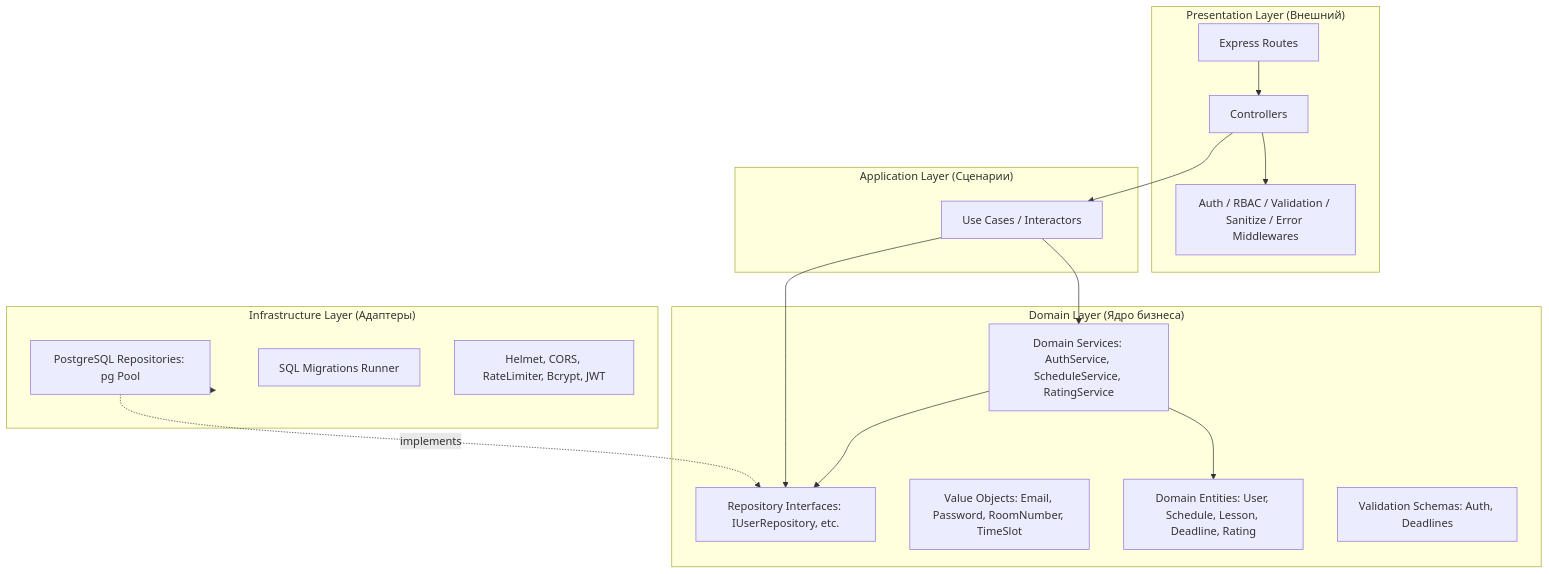
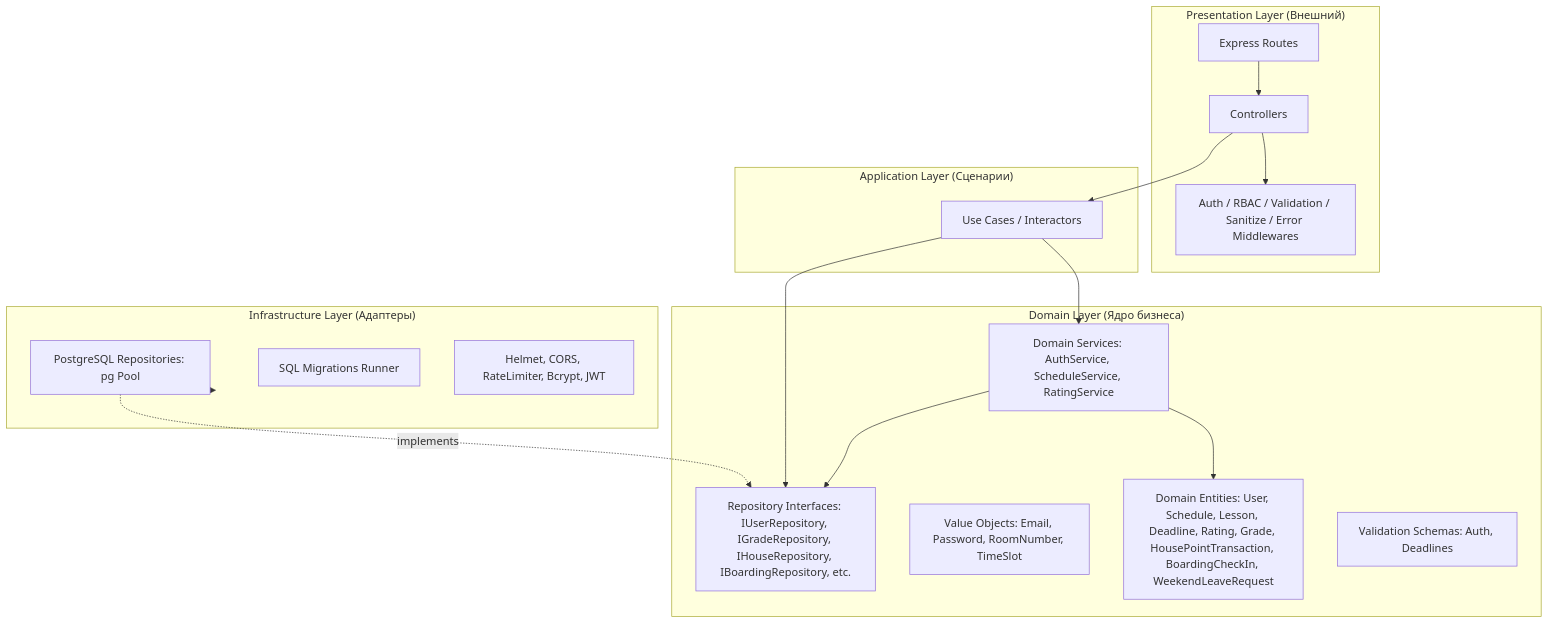
The first of 7 diagrams in docs/architecture.md (sashamosk17/PrimakovApp), drawn with Mermaid before and after one commit. The commit also changed other lines of this file and 61 other files, not shown here.

````diff
--- a/docs/architecture.md
+++ b/docs/architecture.md
@@ -35,36 +38,36 @@
 ```mermaid
 graph TD
     subgraph Presentation ["Presentation Layer (Внешний)"]
         Routes[Express Routes]
         Controllers[Controllers]
         Middlewares[Auth / RBAC / Validation / Sanitize / Error Middlewares]
     end
 
     subgraph Application ["Application Layer (Сценарии)"]
         UseCases[Use Cases / Interactors]
     end
 
     subgraph Domain ["Domain Layer (Ядро бизнеса)"]
-        Entities[Domain Entities: User, Schedule, Lesson, Deadline, Rating]
+        Entities[Domain Entities: User, Schedule, Lesson, Deadline, Rating, Grade, HousePointTransaction, BoardingCheckIn, WeekendLeaveRequest]
         ValueObjects[Value Objects: Email, Password, RoomNumber, TimeSlot]
-        RepoInterfaces[Repository Interfaces: IUserRepository, etc.]
+        RepoInterfaces[Repository Interfaces: IUserRepository, IGradeRepository, IHouseRepository, IBoardingRepository, etc.]
         DomainServices[Domain Services: AuthService, ScheduleService, RatingService]
         ZodSchemas[Validation Schemas: Auth, Deadlines]
     end
 
     subgraph Infrastructure ["Infrastructure Layer (Адаптеры)"]
         PostgresRepos[PostgreSQL Repositories: pg Pool]
         Migrations[SQL Migrations Runner]
         Security[Helmet, CORS, RateLimiter, Bcrypt, JWT]
     end
 
     Routes --> Controllers
     Controllers --> Middlewares
     Controllers --> UseCases
     UseCases --> DomainServices
     UseCases --> RepoInterfaces
     DomainServices --> Entities
     DomainServices --> RepoInterfaces
     PostgresRepos -.->|implements| RepoInterfaces
     Infrastructure --> PostgresRepos
 ```
````
